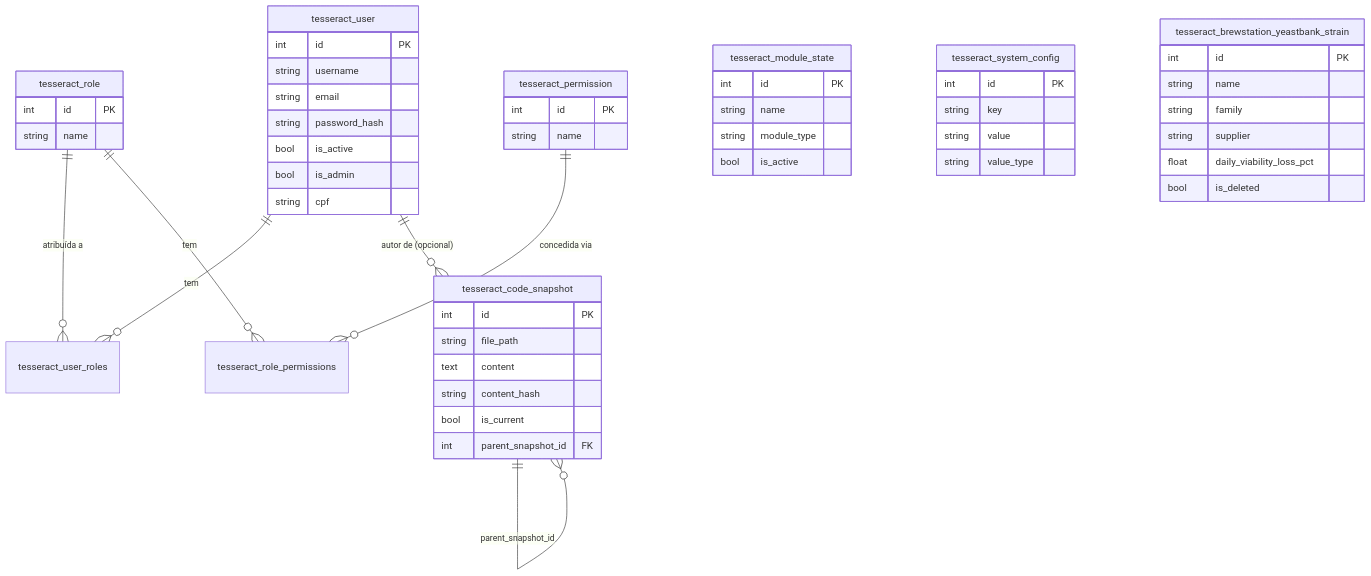
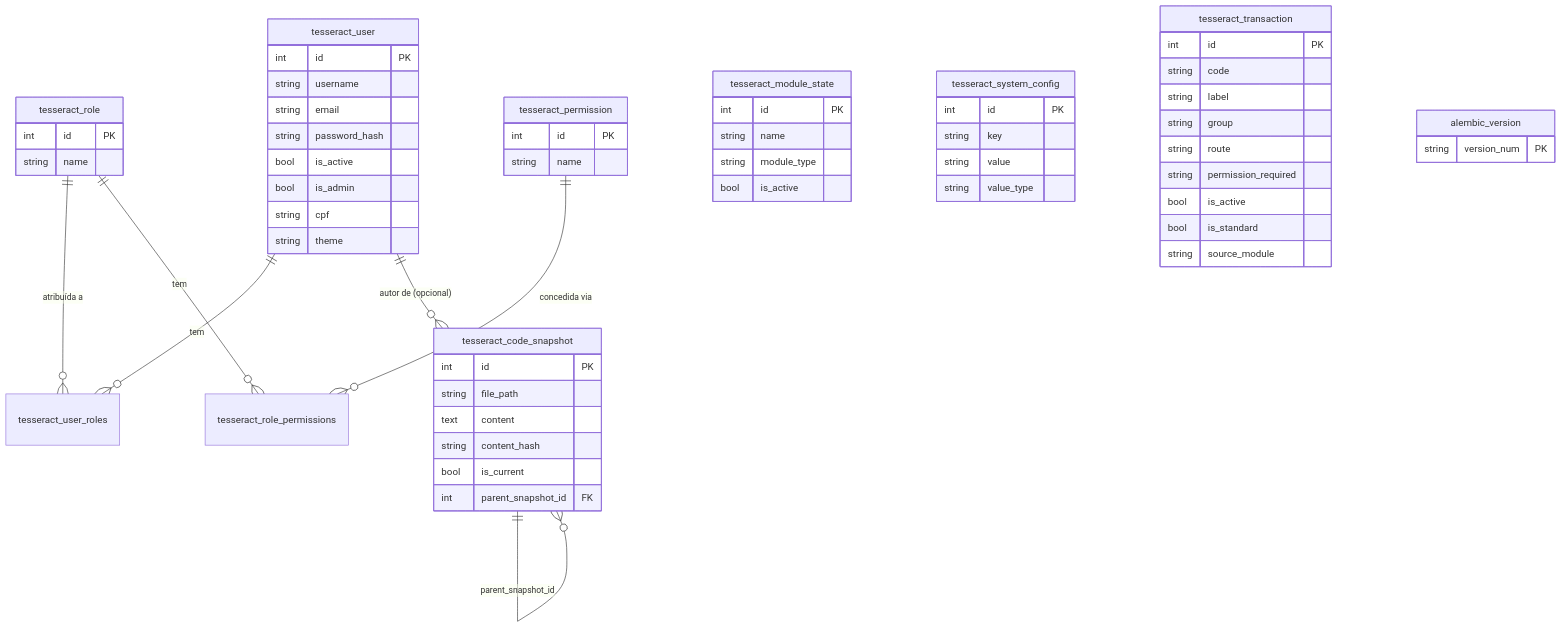
The diagram in docs/technical/04-modelo-de-dados.md (ChristopherNicolasSMM/Tesseract), drawn with Mermaid before and after one commit. The commit also changed other lines of this file and 23 other files, not shown here.

````diff
--- a/docs/technical/04-modelo-de-dados.md
+++ b/docs/technical/04-modelo-de-dados.md
@@ -9,55 +9,62 @@
 ```mermaid
 erDiagram
     tesseract_user ||--o{ tesseract_user_roles : "tem"
     tesseract_role ||--o{ tesseract_user_roles : "atribuída a"
     tesseract_role ||--o{ tesseract_role_permissions : "tem"
     tesseract_permission ||--o{ tesseract_role_permissions : "concedida via"
     tesseract_user ||--o{ tesseract_code_snapshot : "autor de (opcional)"
     tesseract_code_snapshot ||--o{ tesseract_code_snapshot : "parent_snapshot_id"
 
     tesseract_user {
         int id PK
         string username
         string email
         string password_hash
         bool is_active
         bool is_admin
         string cpf
+        string theme
     }
     tesseract_role {
         int id PK
         string name
     }
     tesseract_permission {
         int id PK
         string name
     }
     tesseract_module_state {
         int id PK
         string name
         string module_type
         bool is_active
     }
     tesseract_system_config {
         int id PK
         string key
         string value
         string value_type
     }
     tesseract_code_snapshot {
         int id PK
         string file_path
         text content
         string content_hash
         bool is_current
         int parent_snapshot_id FK
     }
-    tesseract_brewstation_yeastbank_strain {
+    tesseract_transaction {
         int id PK
-        string name
-        string family
-        string supplier
-        float daily_viability_loss_pct
-        bool is_deleted
+        string code
+        string label
+        string group
+        string route
+        string permission_required
+        bool is_active
+        bool is_standard
+        string source_module
+    }
+    alembic_version {
+        string version_num PK
     }
 ```
````
